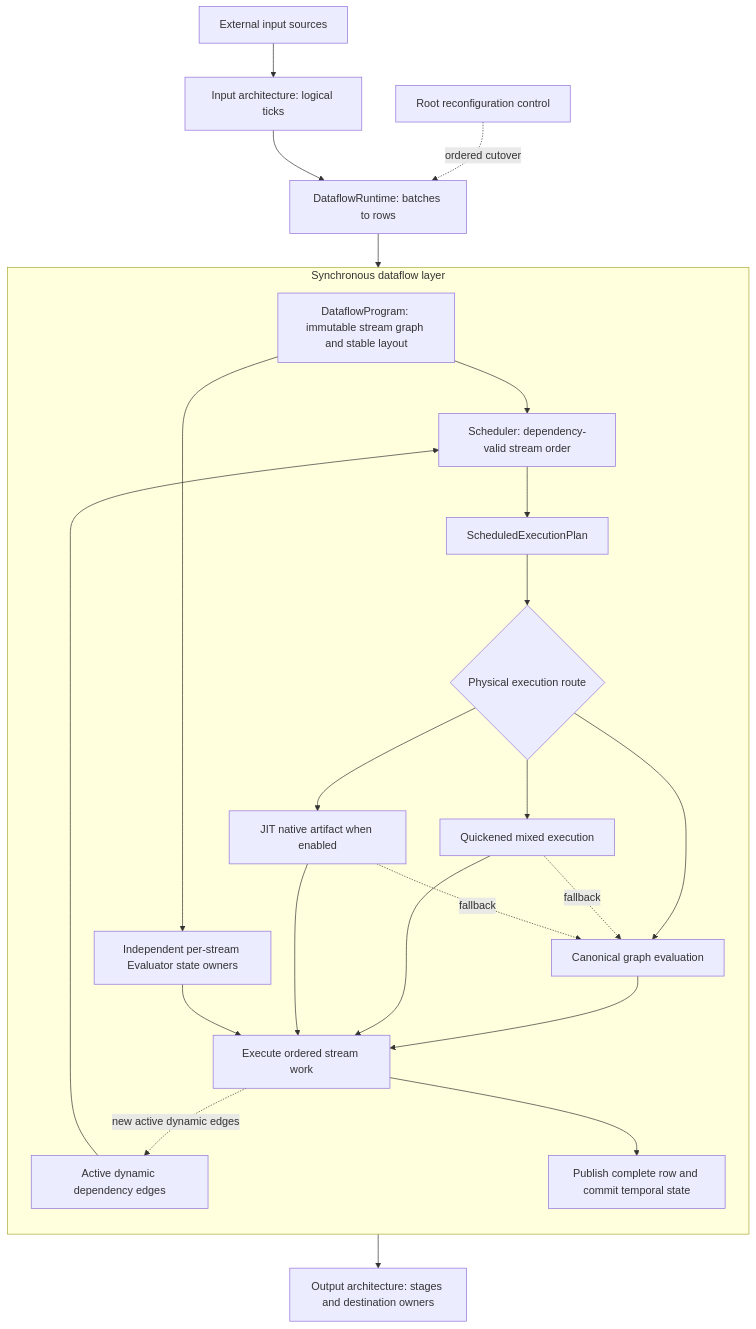
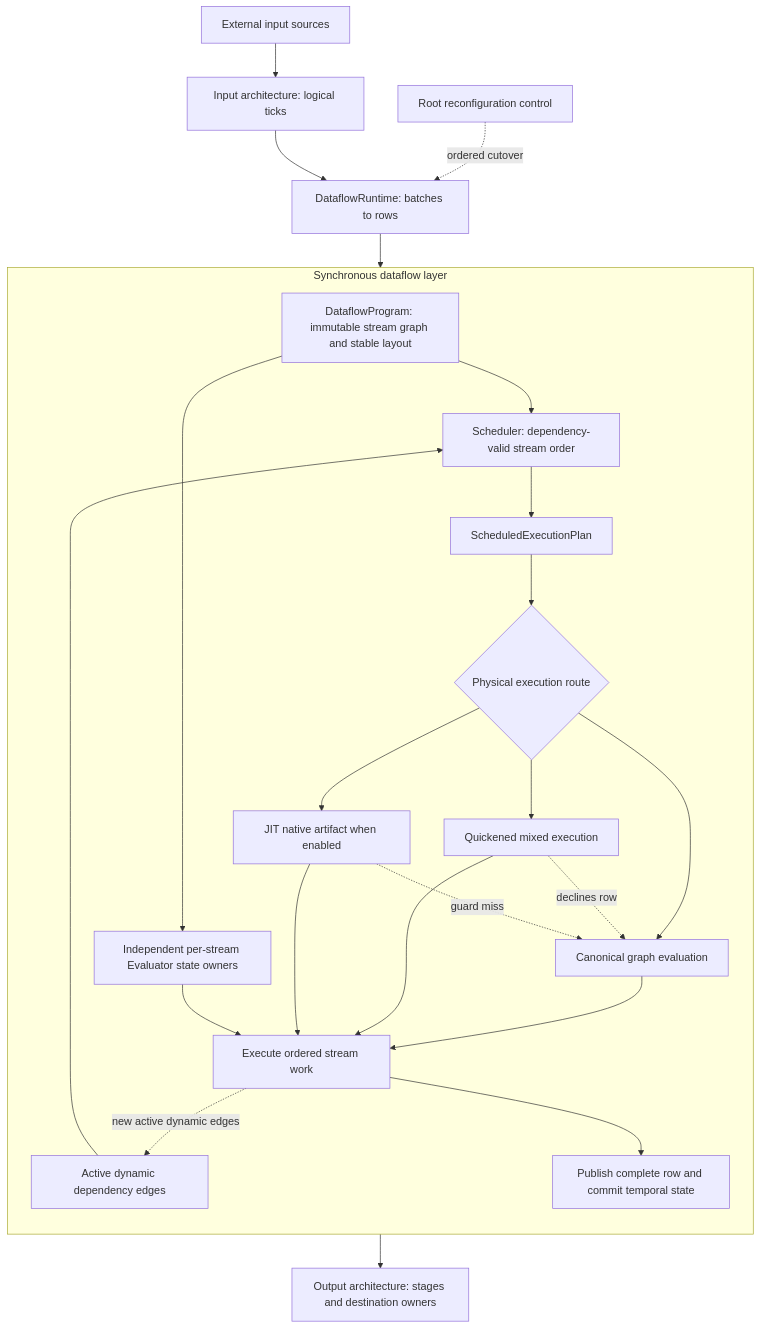
The second of 2 diagrams in docs/src/architecture/dataflow/index.md (INTO-CPS-Association/robosapiens-trustworthiness-checker), drawn with Mermaid before and after one commit. The commit also changed other lines of this file and 64 other files, not shown here.

Commit message:
Document dataflow architecture and execution contracts

````diff
--- a/docs/src/architecture/dataflow/index.md
+++ b/docs/src/architecture/dataflow/index.md
@@ -41,43 +41,43 @@
 ```mermaid
 flowchart TB
     accTitle: Dataflow graph, scheduling, evaluator ownership, and acceleration tiers
-    accDescr: Input architecture supplies logical ticks to DataflowRuntime, which presents rows to the synchronous layer. DataflowProgram defines the immutable stream graph and stable layout. Scheduler combines fixed and active dynamic dependencies into a ScheduledExecutionPlan. Canonical, quickened, and feature-gated JIT routes execute against stable independent evaluator state, converge on one row publication and temporal commit, and pass complete rows to output architecture. Quickening and JIT can fall back to canonical execution.
+    accDescr: Input architecture supplies logical ticks to DataflowRuntime, which presents rows to the synchronous layer. DataflowProgram defines the immutable stream graph and stable layout. Scheduler combines fixed and active dynamic dependencies into a ScheduledExecutionPlan. Canonical, quickened, and feature-gated JIT routes execute against stable independent evaluator state, converge on one row publication and temporal commit, and pass complete rows to output architecture. A quickened region declines a row before executing it; a native artifact can miss a guard mid-tick. Both hand the work to canonical execution.
 
     sources["External input sources"] --> input["Input architecture: logical ticks"]
     input --> runtime["DataflowRuntime: batches to rows"]
 
     subgraph layer["Synchronous dataflow layer"]
         direction TB
         program["DataflowProgram: immutable stream graph and stable layout"]
         active["Active dynamic dependency edges"]
         scheduler["Scheduler: dependency-valid stream order"]
         plan["ScheduledExecutionPlan"]
         route{"Physical execution route"}
         canonical["Canonical graph evaluation"]
         quick["Quickened mixed execution"]
         jit["JIT native artifact when enabled"]
         owners["Independent per-stream Evaluator state owners"]
         execute["Execute ordered stream work"]
         commit["Publish complete row and commit temporal state"]
 
         program --> scheduler
         program --> owners
         active --> scheduler
         scheduler --> plan --> route
         route --> canonical
         route --> quick
         route --> jit
         canonical --> execute
         quick --> execute
         jit --> execute
         owners --> execute
         execute --> commit
         execute -. "new active dynamic edges" .-> active
-        quick -. "fallback" .-> canonical
-        jit -. "fallback" .-> canonical
+        quick -. "declines row" .-> canonical
+        jit -. "guard miss" .-> canonical
     end
 
     runtime --> execute
     commit --> output["Output architecture: stages and destination owners"]
     control["Root reconfiguration control"] -. "ordered cutover" .-> runtime
 ```
````
